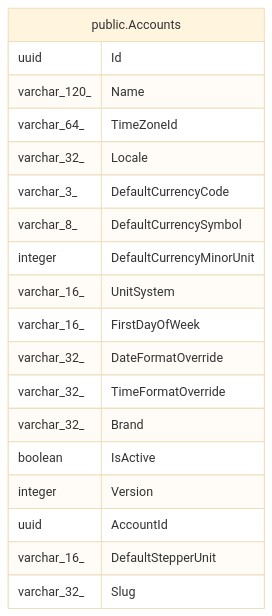
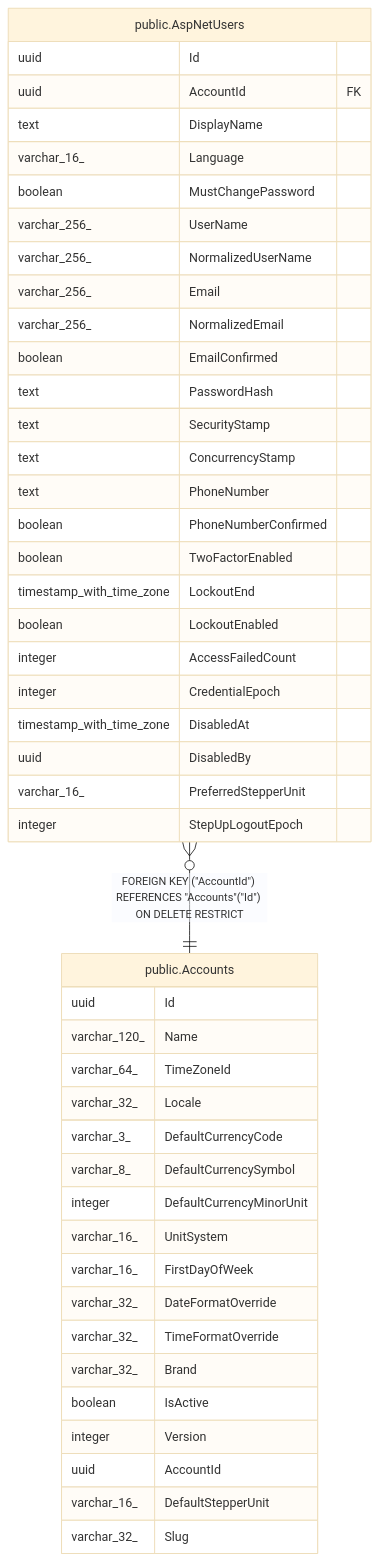
One commit to mforce/cluckwork changed the diagram in docs/schema/public.Accounts.md. Above: the diagram before and after it, drawn with Mermaid (base theme). The commit also changed other lines of this file and 104 other files, not shown here.

First line of the commit message:
feat!: log in by farm code, with per-account email identity (#532) (#564)

````diff
--- a/docs/schema/public.Accounts.md
+++ b/docs/schema/public.Accounts.md
@@ -59,24 +59,51 @@
 ```mermaid
 erDiagram
 
+"public.AspNetUsers" }o--|| "public.Accounts" : "FOREIGN KEY (#quot;AccountId#quot;) REFERENCES #quot;Accounts#quot;(#quot;Id#quot;) ON DELETE RESTRICT"
 
 "public.Accounts" {
   uuid Id
   varchar_120_ Name
   varchar_64_ TimeZoneId
   varchar_32_ Locale
   varchar_3_ DefaultCurrencyCode
   varchar_8_ DefaultCurrencySymbol
   integer DefaultCurrencyMinorUnit
   varchar_16_ UnitSystem
   varchar_16_ FirstDayOfWeek
   varchar_32_ DateFormatOverride
   varchar_32_ TimeFormatOverride
   varchar_32_ Brand
   boolean IsActive
   integer Version
   uuid AccountId
   varchar_16_ DefaultStepperUnit
   varchar_32_ Slug
 }
+"public.AspNetUsers" {
+  uuid Id
+  uuid AccountId FK
+  text DisplayName
+  varchar_16_ Language
+  boolean MustChangePassword
+  varchar_256_ UserName
+  varchar_256_ NormalizedUserName
+  varchar_256_ Email
+  varchar_256_ NormalizedEmail
+  boolean EmailConfirmed
+  text PasswordHash
+  text SecurityStamp
+  text ConcurrencyStamp
+  text PhoneNumber
+  boolean PhoneNumberConfirmed
+  boolean TwoFactorEnabled
+  timestamp_with_time_zone LockoutEnd
+  boolean LockoutEnabled
+  integer AccessFailedCount
+  integer CredentialEpoch
+  timestamp_with_time_zone DisabledAt
+  uuid DisabledBy
+  varchar_16_ PreferredStepperUnit
+  integer StepUpLogoutEpoch
+}
 ```
````
